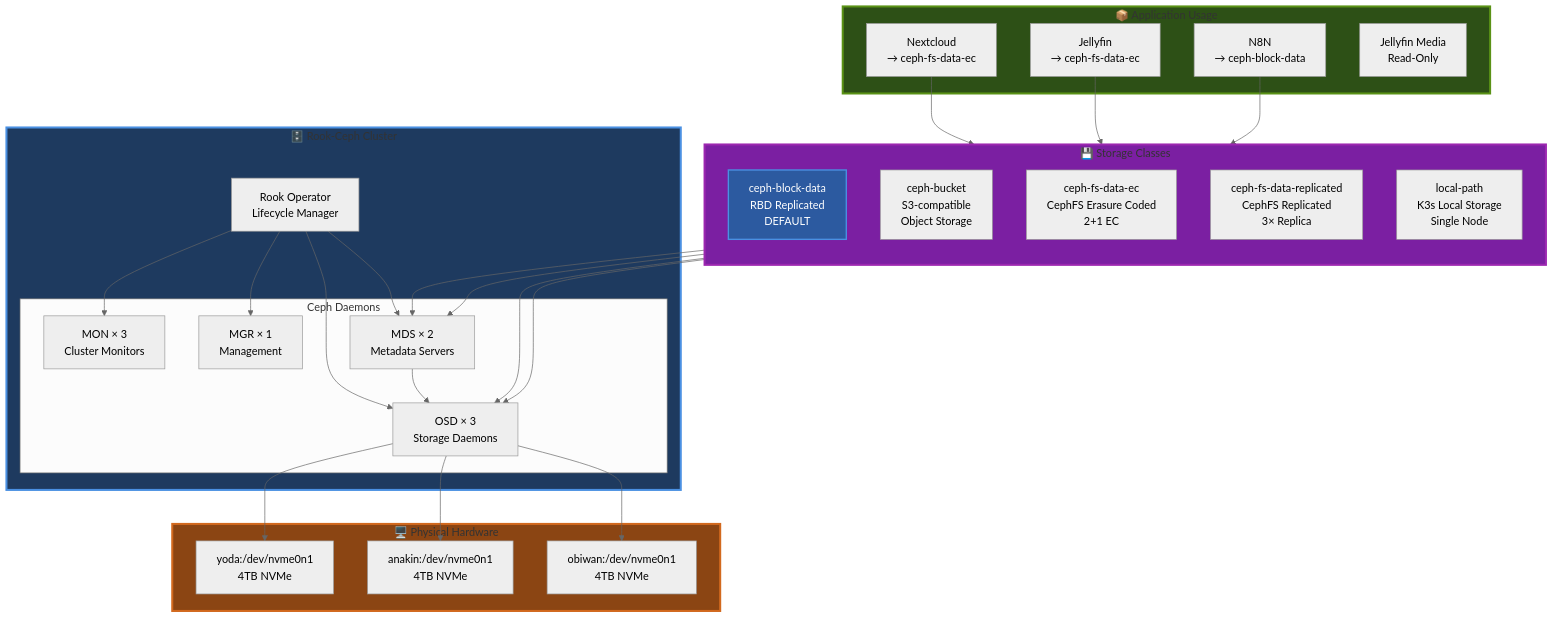
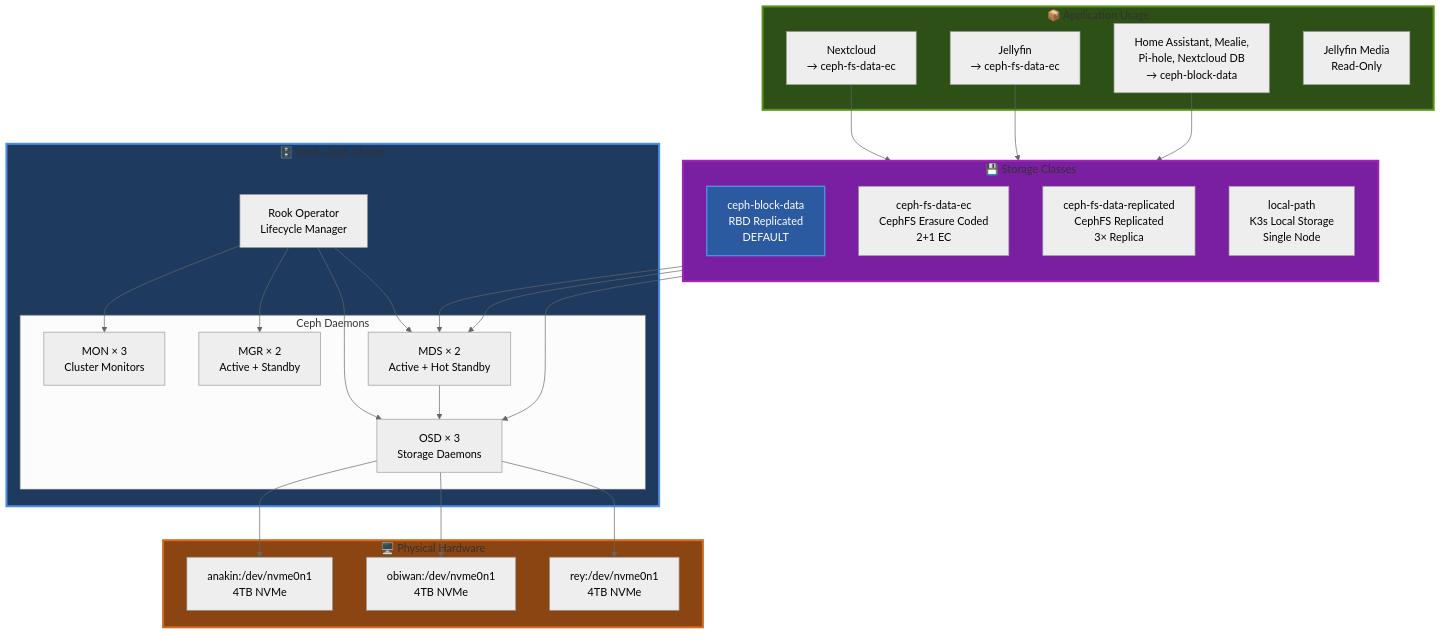
The diagram in docs/wiki/06-Storage-Rook-Ceph.md (seadogger-tech/seadogger-homelab), drawn with Mermaid (neutral theme) before and after one commit. The commit also changed other lines of this file and 21 other files, not shown here.

````diff
--- a/docs/wiki/06-Storage-Rook-Ceph.md
+++ b/docs/wiki/06-Storage-Rook-Ceph.md
@@ -22,60 +22,58 @@
 ```mermaid
 graph TB
     subgraph RookCeph["🗄️ Rook-Ceph Cluster"]
         Operator[Rook Operator<br/>Lifecycle Manager]
 
         subgraph Daemons["Ceph Daemons"]
             MON[MON × 3<br/>Cluster Monitors]
-            MGR[MGR × 1<br/>Management]
+            MGR[MGR × 2<br/>Active + Standby]
             OSD[OSD × 3<br/>Storage Daemons]
-            MDS[MDS × 2<br/>Metadata Servers]
+            MDS[MDS × 2<br/>Active + Hot Standby]
         end
     end
 
     subgraph Storage["💾 Storage Classes"]
         direction TB
         Default[ceph-block-data<br/>RBD Replicated<br/>DEFAULT]
-        Bucket[ceph-bucket<br/>S3-compatible<br/>Object Storage]
         FSEC[ceph-fs-data-ec<br/>CephFS Erasure Coded<br/>2+1 EC]
         FSRep[ceph-fs-data-replicated<br/>CephFS Replicated<br/>3× Replica]
         LocalPath[local-path<br/>K3s Local Storage<br/>Single Node]
     end
 
     subgraph Hardware["🖥️ Physical Hardware"]
-        NVMe1[yoda:/dev/nvme0n1<br/>4TB NVMe]
-        NVMe2[anakin:/dev/nvme0n1<br/>4TB NVMe]
-        NVMe3[obiwan:/dev/nvme0n1<br/>4TB NVMe]
+        NVMe1[anakin:/dev/nvme0n1<br/>4TB NVMe]
+        NVMe2[obiwan:/dev/nvme0n1<br/>4TB NVMe]
+        NVMe3[rey:/dev/nvme0n1<br/>4TB NVMe]
     end
 
     subgraph AppsLayer["📦 Application Usage"]
         NextcloudApp[Nextcloud<br/>→ ceph-fs-data-ec]
         JellyfinApp[Jellyfin<br/>→ ceph-fs-data-ec]
-        N8NApp[N8N<br/>→ ceph-block-data]
+        BlockApps[Home Assistant, Mealie,<br/>Pi-hole, Nextcloud DB<br/>→ ceph-block-data]
         JellyfinMedia[Jellyfin Media<br/>Read-Only]
     end
 
     Operator --> MON
     Operator --> MGR
     Operator --> OSD
     Operator --> MDS
 
     OSD --> NVMe1
     OSD --> NVMe2
     OSD --> NVMe3
 
     Default --> OSD
-    Bucket --> OSD
     FSEC --> MDS
     FSRep --> MDS
     MDS --> OSD
 
     NextcloudApp --> FSEC
     JellyfinApp --> FSEC
-    N8NApp --> Default
+    BlockApps --> Default
 
     style RookCeph fill:#1e3a5f,stroke:#4a90e2,stroke-width:3px
     style Storage fill:#7b1fa2,stroke:#9c27b0,stroke-width:3px
     style Hardware fill:#8b4513,stroke:#d2691e,stroke-width:3px
     style AppsLayer fill:#2d5016,stroke:#5a9216,stroke-width:3px
     style Default fill:#2c5aa0,stroke:#4a90e2,stroke-width:2px,color:#fff
 ```
````
